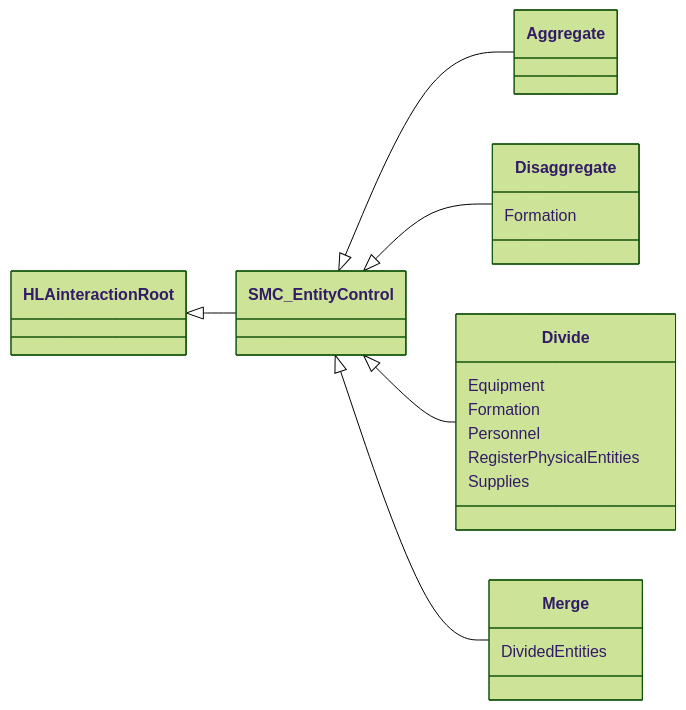
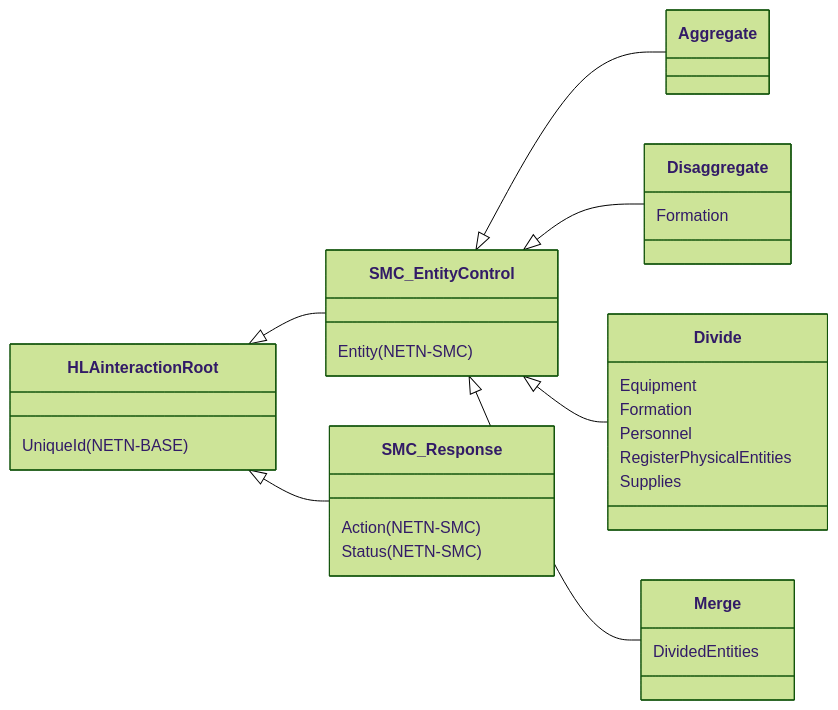
Before and after one commit to AMSP-04/NETN-MRM: the ninth of 9 diagrams in NETN-MRM.md, drawn with Mermaid (forest theme). The commit also changed other lines of this file and 3 other files, not shown here.

````diff
--- a/NETN-MRM.md
+++ b/NETN-MRM.md
@@ -331,16 +317,21 @@
 ```mermaid
 classDiagram 
 direction LR
 HLAinteractionRoot <|-- SMC_EntityControl
+HLAinteractionRoot <|-- SMC_Response
+HLAinteractionRoot : UniqueId(NETN-BASE)
 SMC_EntityControl <|-- Aggregate
 SMC_EntityControl <|-- Disaggregate
 SMC_EntityControl <|-- Divide
 SMC_EntityControl <|-- Merge
+SMC_EntityControl : Entity(NETN-SMC)
 Disaggregate : Formation
 Divide : Equipment
 Divide : Formation
 Divide : Personnel
 Divide : RegisterPhysicalEntities
 Divide : Supplies
 Merge : DividedEntities
+SMC_Response : Action(NETN-SMC)
+SMC_Response : Status(NETN-SMC)
 ```
````
